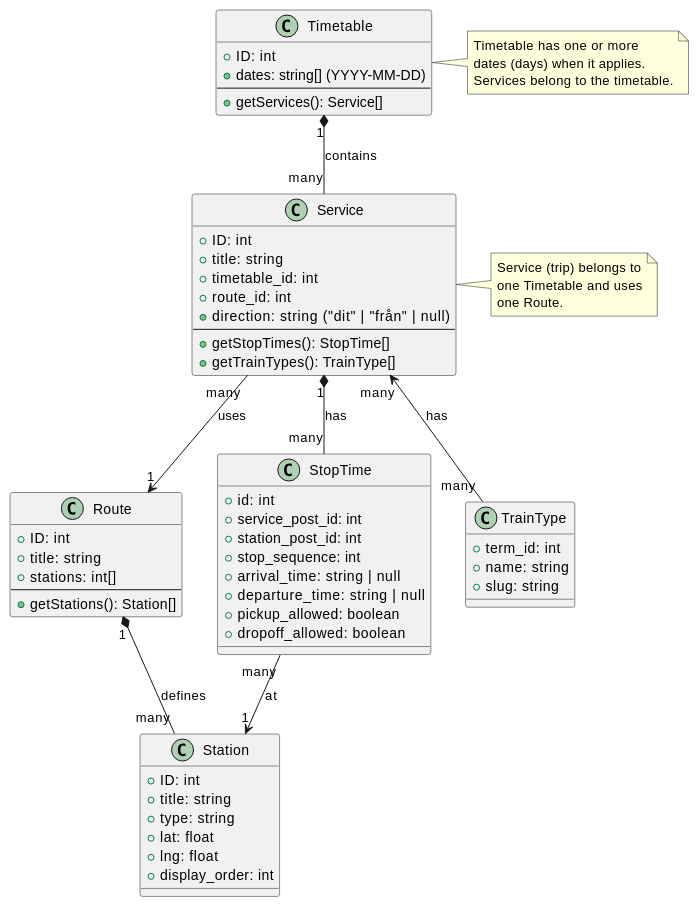
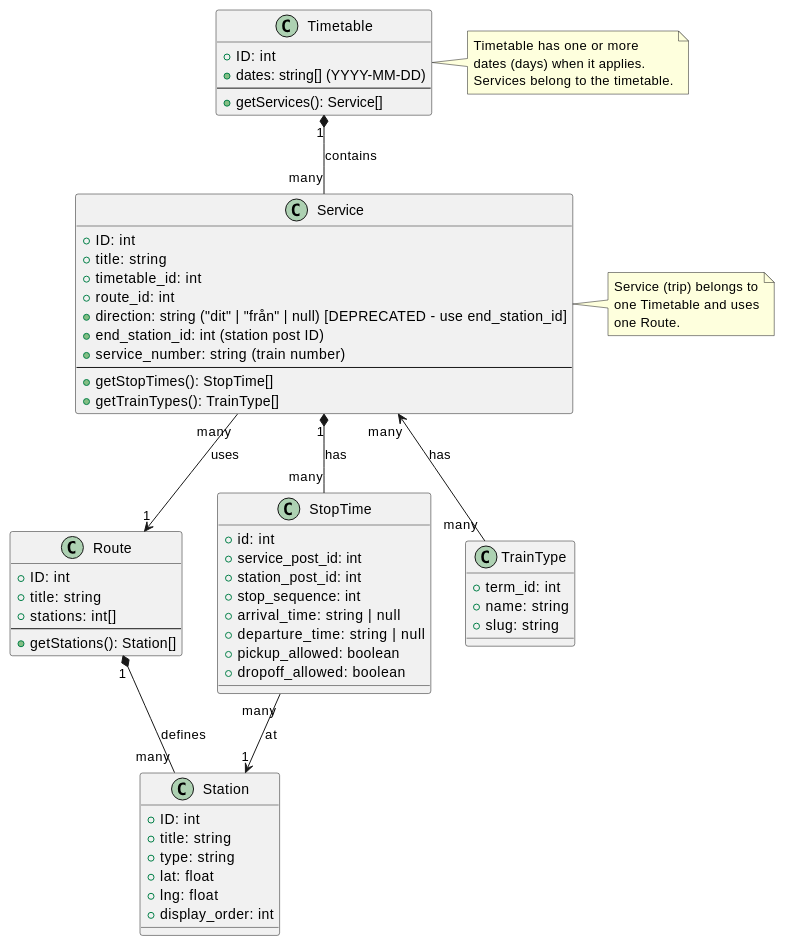
Before and after one commit to eriass2/Museum-Railway-Timetable: the diagram in DATA_MODEL.md, drawn with PlantUML. The commit also changed other lines of this file and 2 other files, not shown here.

````diff
--- a/DATA_MODEL.md
+++ b/DATA_MODEL.md
@@ -18,76 +18,78 @@
 ```plantuml
 @startuml
 class Timetable {
   +ID: int
   +dates: string[] (YYYY-MM-DD)
   --
   +getServices(): Service[]
 }
 
 class Service {
   +ID: int
   +title: string
   +timetable_id: int
   +route_id: int
-  +direction: string ("dit" | "från" | null)
+  +direction: string ("dit" | "från" | null) [DEPRECATED - use end_station_id]
+  +end_station_id: int (station post ID)
+  +service_number: string (train number)
   --
   +getStopTimes(): StopTime[]
   +getTrainTypes(): TrainType[]
 }
 
 class Route {
   +ID: int
   +title: string
   +stations: int[]
   --
   +getStations(): Station[]
 }
 
 class Station {
   +ID: int
   +title: string
   +type: string
   +lat: float
   +lng: float
   +display_order: int
 }
 
 class StopTime {
   +id: int
   +service_post_id: int
   +station_post_id: int
   +stop_sequence: int
   +arrival_time: string | null
   +departure_time: string | null
   +pickup_allowed: boolean
   +dropoff_allowed: boolean
 }
 
 class TrainType {
   +term_id: int
   +name: string
   +slug: string
 }
 
 ' Relationships
 Timetable "1" *-- "many" Service : contains
 Service "many" --> "1" Route : uses
 Service "1" *-- "many" StopTime : has
 StopTime "many" --> "1" Station : at
 Service "many" <-- "many" TrainType : has
 Route "1" *-- "many" Station : defines
 
 note right of Timetable
   Timetable has one or more
   dates (days) when it applies.
   Services belong to the timetable.
 end note
 
 note right of Service
   Service (trip) belongs to
   one Timetable and uses
   one Route.
 end note
 
 @enduml
 ```
````
